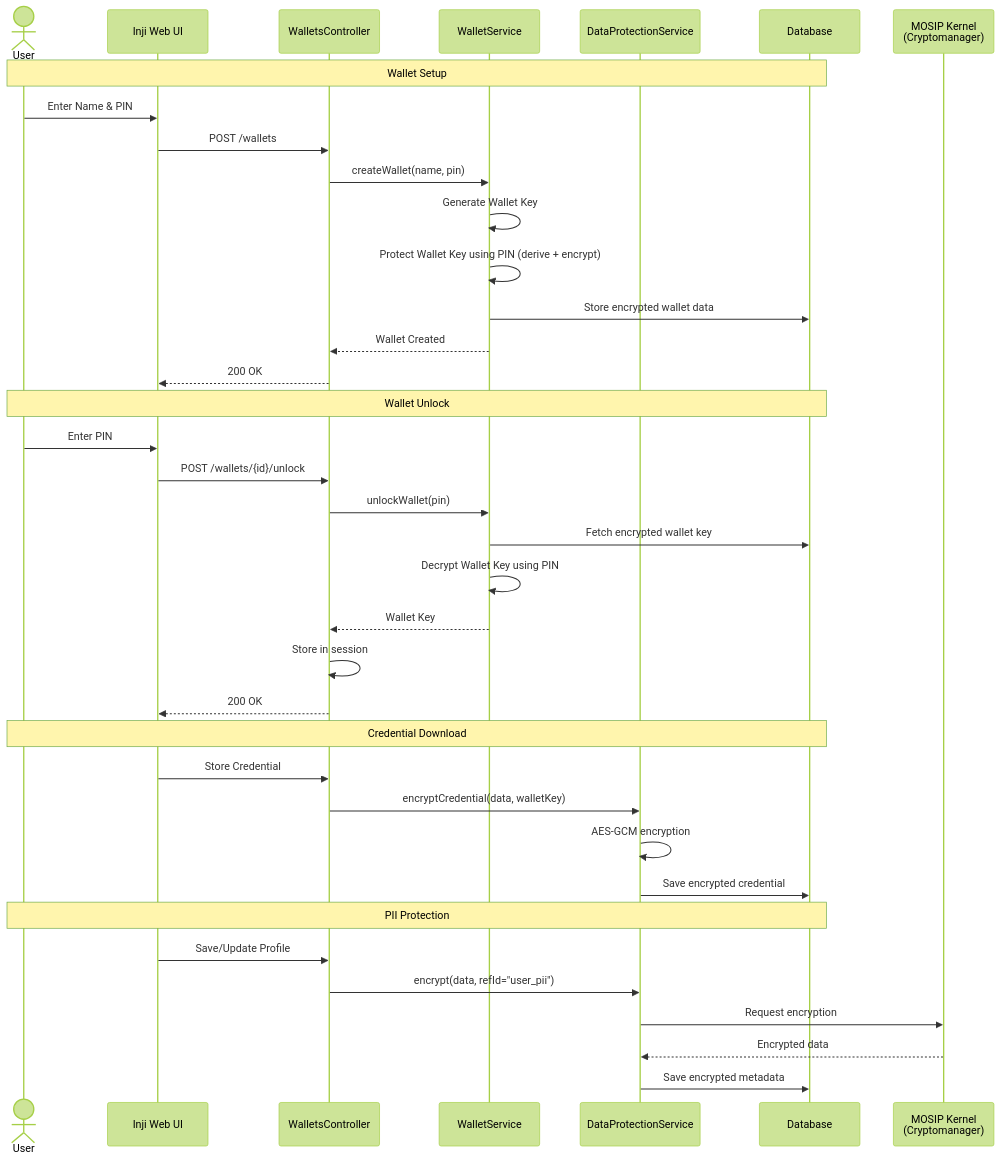
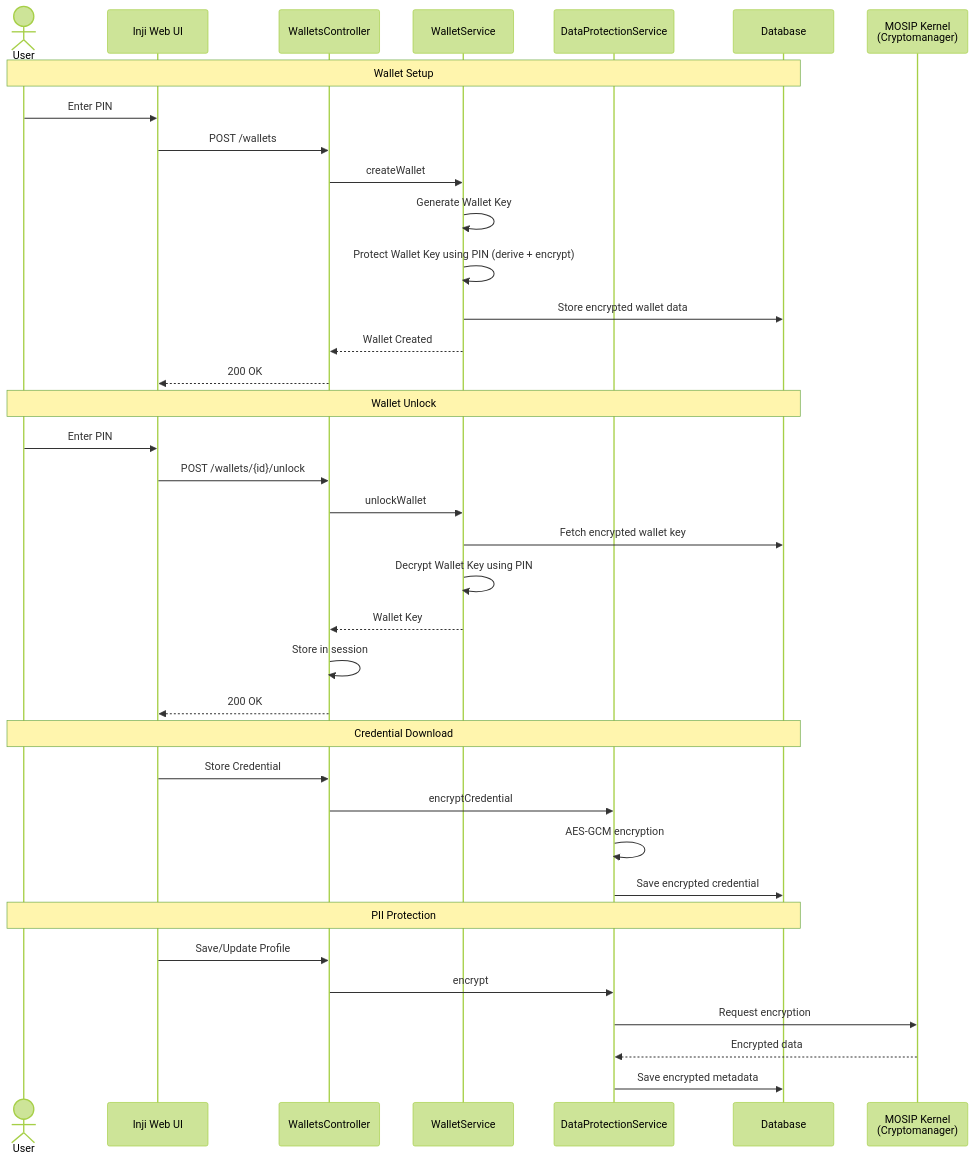
Before and after one commit to inji/inji-web: the diagram in docs/PinBasedDataEncryption.md, drawn with Mermaid (forest theme). The commit also changed 1 other file, not shown here.

Commit message:
[INJIWEB-1881] Mermaid diagram update and cr comment addressed

````diff
--- a/docs/PinBasedDataEncryption.md
+++ b/docs/PinBasedDataEncryption.md
@@ -60,43 +60,43 @@
 ```mermaid
 sequenceDiagram
     actor User
     participant UI as Inji Web UI
     participant WC as WalletsController
     participant WS as WalletService
     participant DPS as DataProtectionService
     participant DB as Database
     participant KC as MOSIP Kernel<br/>(Cryptomanager)
 
     Note over User, DB: Wallet Setup
-    User->>UI: Enter Name & PIN
+    User->>UI: Enter PIN
     UI->>WC: POST /wallets
-    WC->>WS: createWallet(name, pin)
+    WC->>WS: createWallet
     WS->>WS: Generate Wallet Key
     WS->>WS: Protect Wallet Key using PIN (derive + encrypt)
     WS->>DB: Store encrypted wallet data
     WS-->>WC: Wallet Created
     WC-->>UI: 200 OK
 
     Note over User, DB: Wallet Unlock
     User->>UI: Enter PIN
     UI->>WC: POST /wallets/{id}/unlock
-    WC->>WS: unlockWallet(pin)
+    WC->>WS: unlockWallet
     WS->>DB: Fetch encrypted wallet key
     WS->>WS: Decrypt Wallet Key using PIN
     WS-->>WC: Wallet Key
     WC->>WC: Store in session
     WC-->>UI: 200 OK
 
     Note over User, DB: Credential Download
     UI->>WC: Store Credential
-    WC->>DPS: encryptCredential(data, walletKey)
+    WC->>DPS: encryptCredential
     DPS->>DPS: AES-GCM encryption
     DPS->>DB: Save encrypted credential
 
     Note over User, DB: PII Protection
     UI->>WC: Save/Update Profile
-    WC->>DPS: encrypt(data, refId="user_pii")
+    WC->>DPS: encrypt
     DPS->>KC: Request encryption
     KC-->>DPS: Encrypted data
     DPS->>DB: Save encrypted metadata
 ```
````
